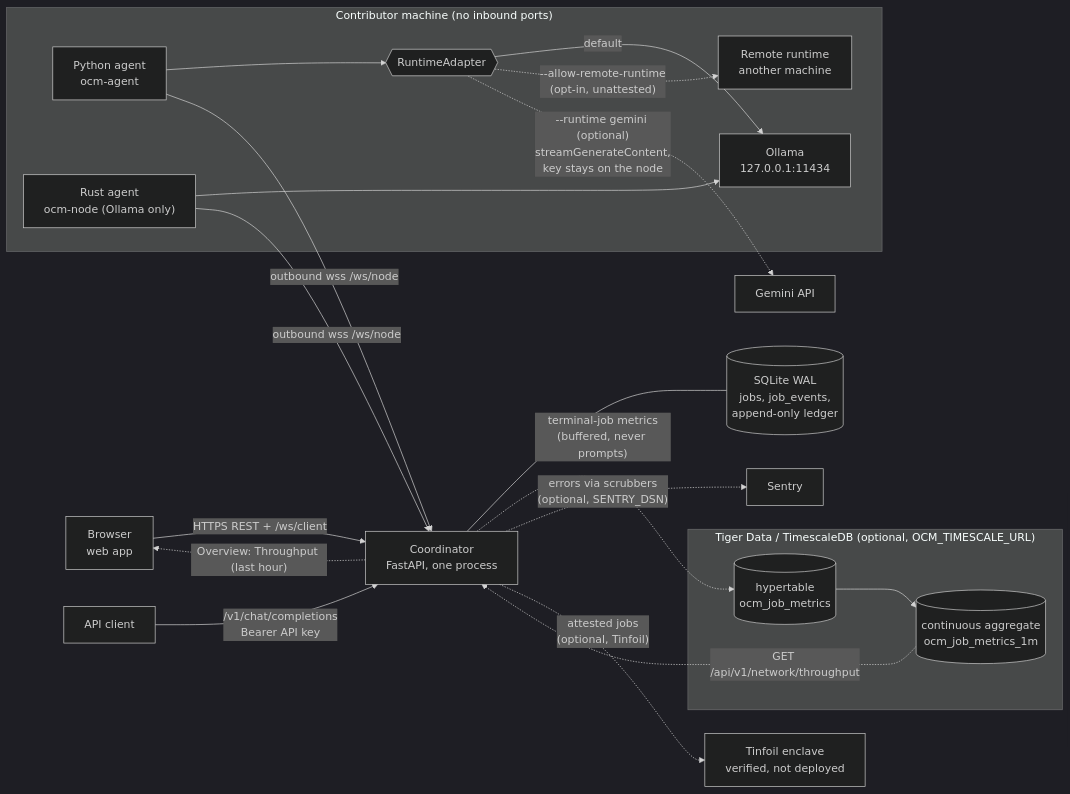
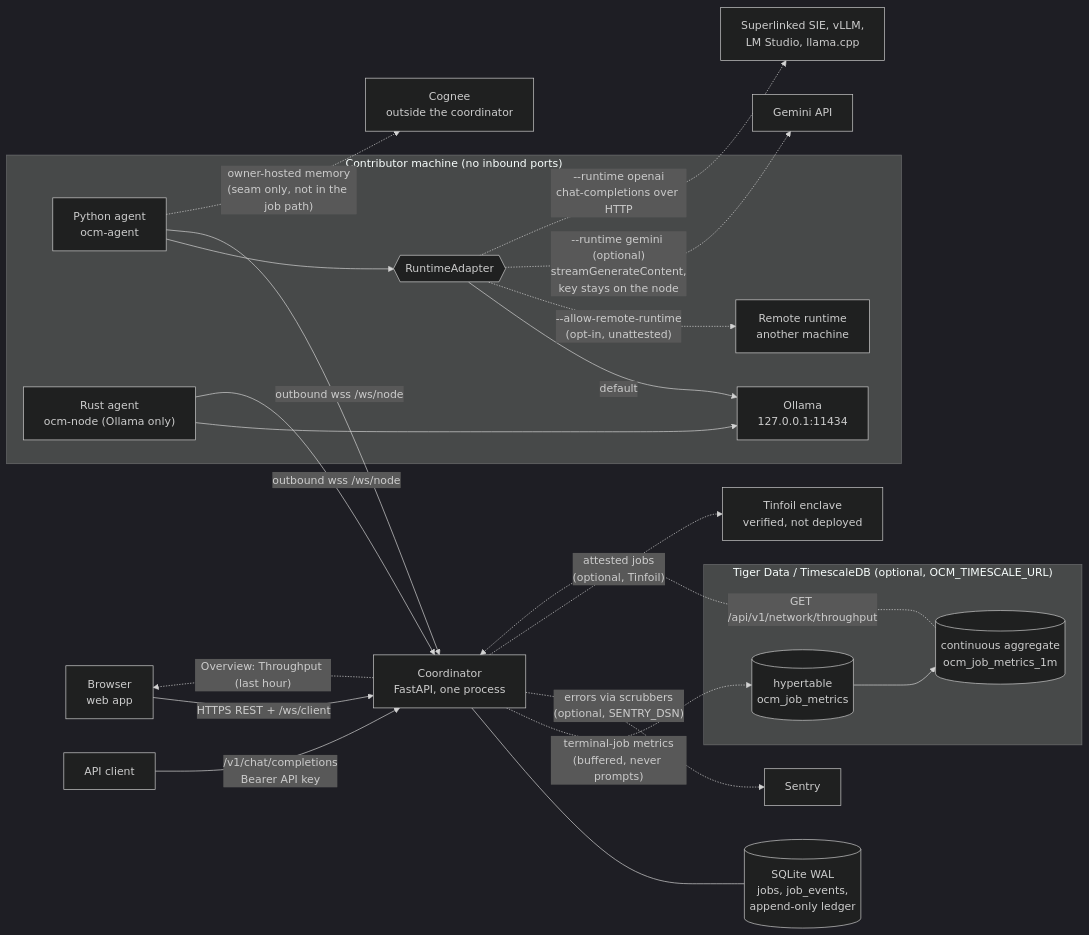
Before and after one commit to roshaninfordham/opencomputemesh: the diagram in README.md, drawn with Mermaid (dark theme). The commit also changed other lines of this file and 3 other files, not shown here.

First line of the commit message:
docs: place SIE, Tinfoil and Cognee in the architecture, and show every runtime

````diff
--- a/README.md
+++ b/README.md
@@ -277,26 +277,28 @@
 ```mermaid
 flowchart LR
   B["Browser<br/>web app"] -- "HTTPS REST + /ws/client" --> C["Coordinator<br/>FastAPI, one process"]
   K["API client"] -- "/v1/chat/completions<br/>Bearer API key" --> C
   C --- D[("SQLite WAL<br/>jobs, job_events,<br/>append-only ledger")]
 
   subgraph TIGER["Tiger Data / TimescaleDB (optional, OCM_TIMESCALE_URL)"]
     H[("hypertable<br/>ocm_job_metrics")] --> CA[("continuous aggregate<br/>ocm_job_metrics_1m")]
   end
   C -. "terminal-job metrics<br/>(buffered, never prompts)" .-> H
   CA -. "GET /api/v1/network/throughput" .-> C
   C -. "Overview: Throughput (last hour)" .-> B
 
   C -. "errors via scrubbers<br/>(optional, SENTRY_DSN)" .-> S["Sentry"]
   C -. "attested jobs<br/>(optional, Tinfoil)" .-> TF["Tinfoil enclave<br/>verified, not deployed"]
 
   subgraph NODE["Contributor machine (no inbound ports)"]
     A1["Python agent<br/>ocm-agent"] --> RA{{"RuntimeAdapter"}}
     A2["Rust agent<br/>ocm-node (Ollama only)"] --> O
     RA -- "default" --> O["Ollama<br/>127.0.0.1:11434"]
     RA -. "--allow-remote-runtime<br/>(opt-in, unattested)" .-> RR["Remote runtime<br/>another machine"]
   end
   A1 -- "outbound wss /ws/node" --> C
   A2 -- "outbound wss /ws/node" --> C
   RA -. "--runtime gemini (optional)<br/>streamGenerateContent,<br/>key stays on the node" .-> G["Gemini API"]
+  RA -. "--runtime openai<br/>chat-completions over HTTP" .-> SIE["Superlinked SIE, vLLM,<br/>LM Studio, llama.cpp"]
+  A1 -. "owner-hosted memory<br/>(seam only, not in the job path)" .-> MEM["Cognee<br/>outside the coordinator"]
 ```
````
